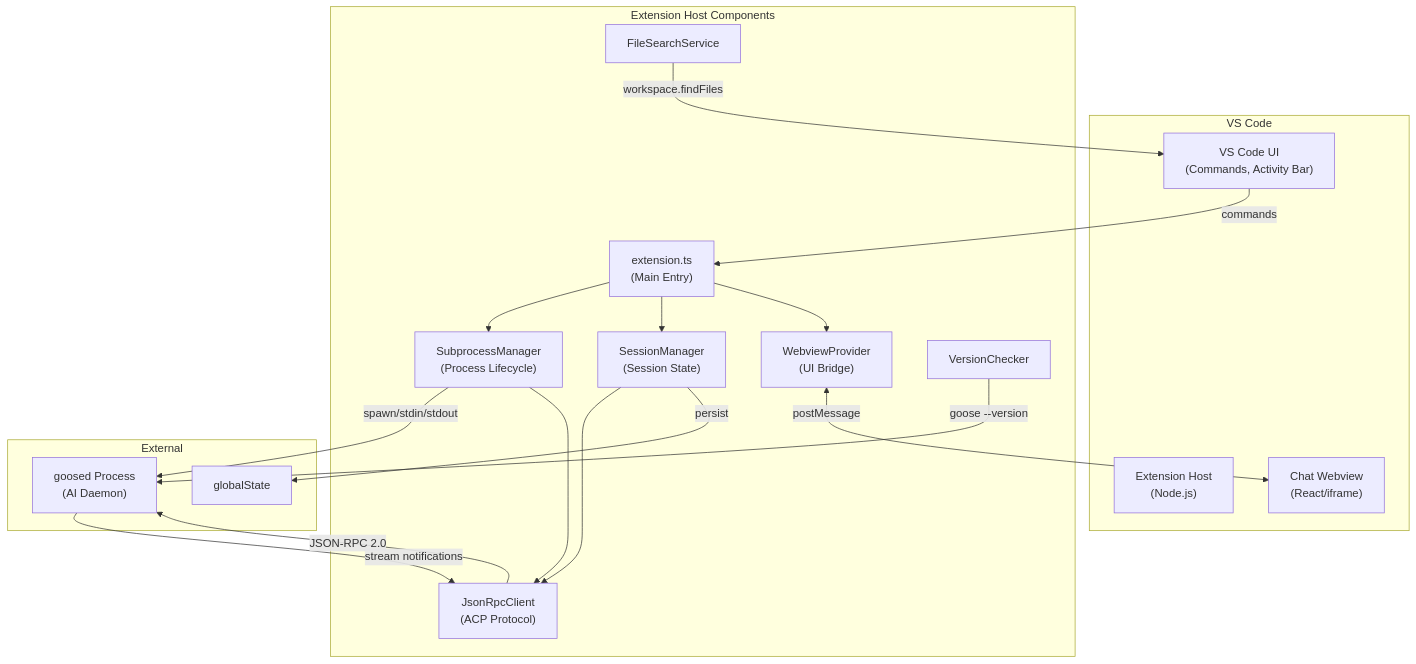
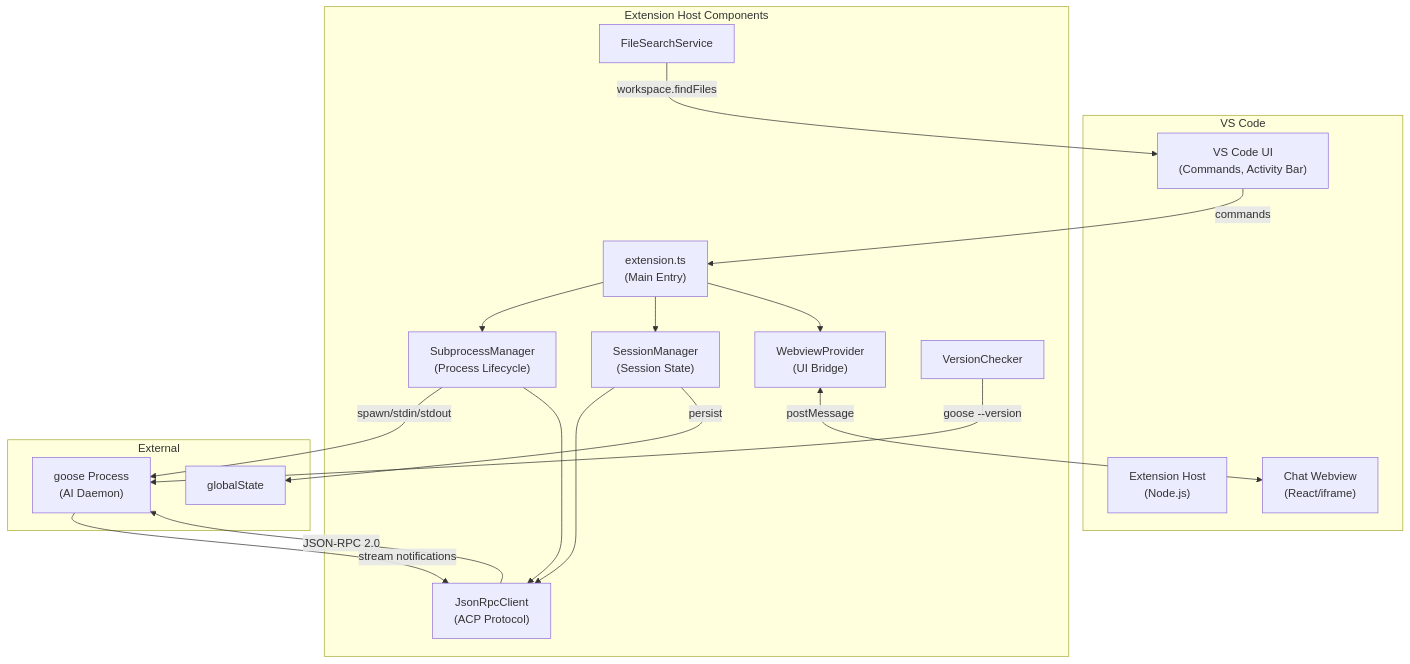
Before and after one commit to aaif-goose/vscode-goose: the first of 2 diagrams in .rp1/context/architecture.md, drawn with Mermaid. The commit also changed other lines of this file and 4 other files, not shown here.

````diff
--- a/.rp1/context/architecture.md
+++ b/.rp1/context/architecture.md
@@ -9,37 +9,37 @@
 ```mermaid
 graph TB
     subgraph VSCode["VS Code"]
         UI["VS Code UI<br/>(Commands, Activity Bar)"]
         ExtHost["Extension Host<br/>(Node.js)"]
         Webview["Chat Webview<br/>(React/iframe)"]
     end
 
     subgraph Extension["Extension Host Components"]
         ExtMain["extension.ts<br/>(Main Entry)"]
         SubMgr["SubprocessManager<br/>(Process Lifecycle)"]
         JsonRpc["JsonRpcClient<br/>(ACP Protocol)"]
         SessMgr["SessionManager<br/>(Session State)"]
         WebProv["WebviewProvider<br/>(UI Bridge)"]
         VC["VersionChecker"]
         FSS["FileSearchService"]
     end
 
     subgraph External["External"]
-        Goosed["goosed Process<br/>(AI Daemon)"]
+        goose["goose Process<br/>(AI Daemon)"]
         GS["globalState"]
     end
 
     UI -->|commands| ExtMain
     ExtMain --> SubMgr
     ExtMain --> SessMgr
     ExtMain --> WebProv
-    SubMgr -->|spawn/stdin/stdout| Goosed
+    SubMgr -->|spawn/stdin/stdout| goose
     SubMgr --> JsonRpc
-    JsonRpc -->|JSON-RPC 2.0| Goosed
-    Goosed -->|stream notifications| JsonRpc
+    JsonRpc -->|JSON-RPC 2.0| goose
+    goose -->|stream notifications| JsonRpc
     WebProv <-->|postMessage| Webview
     SessMgr --> JsonRpc
     SessMgr -->|persist| GS
-    VC -->|goose --version| Goosed
+    VC -->|goose --version| goose
     FSS -->|workspace.findFiles| UI
 ```
````
